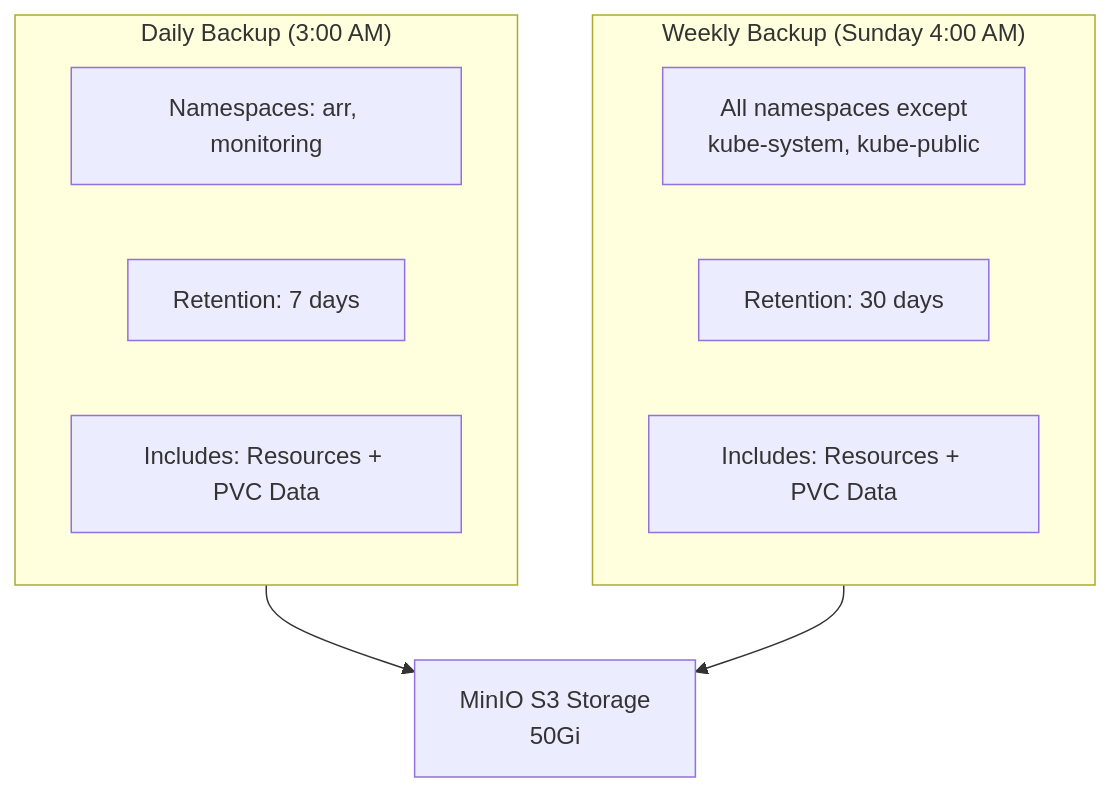
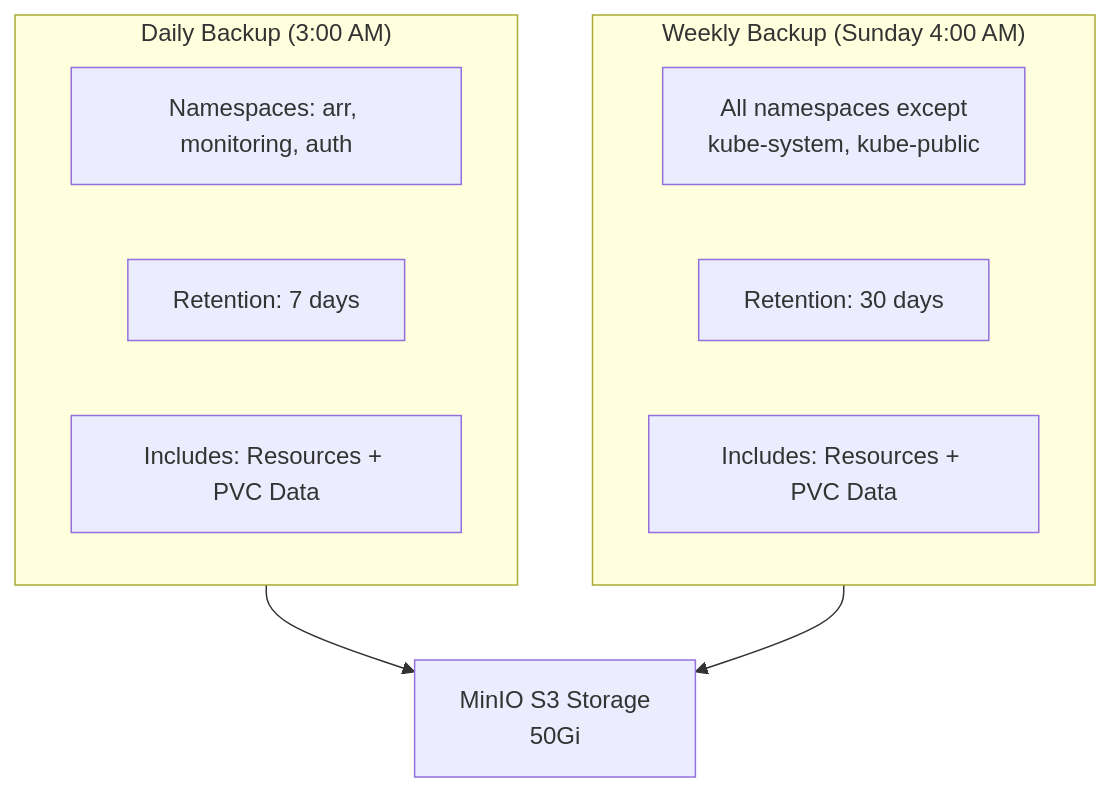
One commit to kyleseneker/homelab changed the second of 3 diagrams in docs/architecture/backups.md. Above: the diagram before and after it, drawn with Mermaid. The commit also changed other lines of this file and 25 other files, not shown here.

````diff
--- a/docs/architecture/backups.md
+++ b/docs/architecture/backups.md
@@ -62,17 +62,17 @@
 ```mermaid
 flowchart TD
     subgraph daily["Daily Backup (3:00 AM)"]
-        dailyTarget["Namespaces: arr, monitoring"]
+        dailyTarget["Namespaces: arr, monitoring, auth"]
         dailyRetention["Retention: 7 days"]
         dailyData["Includes: Resources + PVC Data"]
     end
 
     subgraph weekly["Weekly Backup (Sunday 4:00 AM)"]
         weeklyTarget["All namespaces except\nkube-system, kube-public"]
         weeklyRetention["Retention: 30 days"]
         weeklyData["Includes: Resources + PVC Data"]
     end
 
     daily --> minio["MinIO S3 Storage\n50Gi"]
     weekly --> minio
 ```
````
